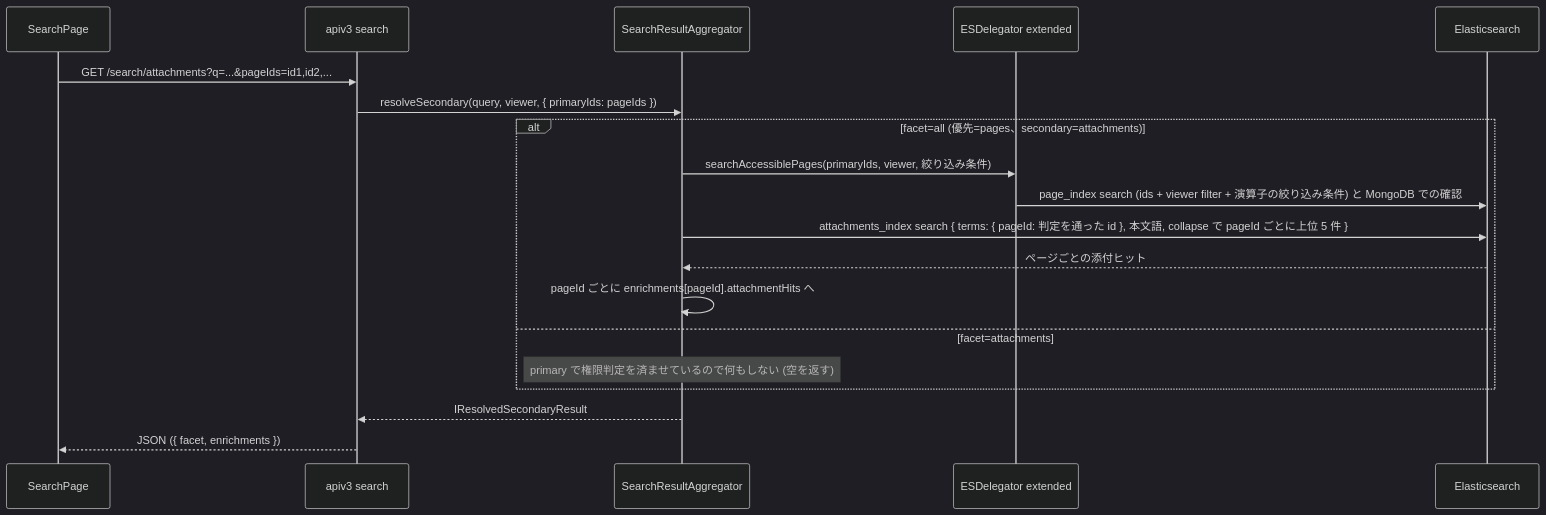
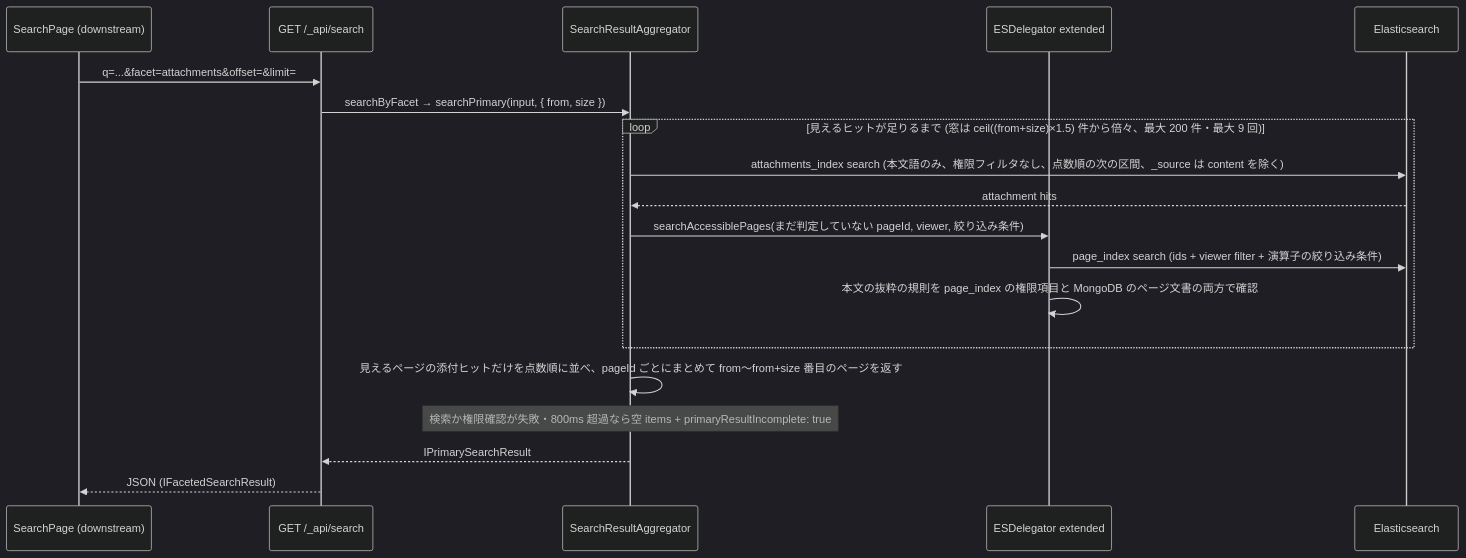
The fourth of 6 diagrams in .kiro/specs/attachment-search-indexing/design.md (growilabs/growi), drawn with Mermaid (dark theme) before and after one commit. The commit also changed other lines of this file and 5 other files, not shown here.

First line of the commit message:
docs(attachment-search-indexing): drop facet=all and resolve; fetch attachment hits of page results in a separate request

````diff
--- a/.kiro/specs/attachment-search-indexing/design.md
+++ b/.kiro/specs/attachment-search-indexing/design.md
@@ -406,24 +376,22 @@
 ```mermaid
 sequenceDiagram
-    participant UI as SearchPage
-    participant Api as apiv3 search
+    participant UI as SearchPage (downstream)
+    participant Api as GET /_api/search
     participant Svc as SearchResultAggregator
     participant Del as ESDelegator extended
     participant ES as Elasticsearch
 
-    UI->>Api: GET /search/attachments?q=...&pageIds=id1,id2,...
-    Api->>Svc: resolveSecondary(query, viewer, { primaryIds: pageIds })
-
-    alt facet=all (優先=pages、secondary=attachments)
-        Svc->>Del: searchAccessiblePages(primaryIds, viewer, 絞り込み条件)
-        Del->>ES: page_index search (ids + viewer filter + 演算子の絞り込み条件) と MongoDB での確認
-        Svc->>ES: attachments_index search { terms: { pageId: 判定を通った id }, 本文語, collapse で pageId ごとに上位 5 件 }
-        ES-->>Svc: ページごとの添付ヒット
-        Svc->>Svc: pageId ごとに enrichments[pageId].attachmentHits へ
-    else facet=attachments
-        Note over Svc: primary で権限判定を済ませているので何もしない (空を返す)
+    UI->>Api: q=...&facet=attachments&offset=&limit=
+    Api->>Svc: searchByFacet → searchPrimary(input, { from, size })
+    loop 見えるヒットが足りるまで (窓は ceil((from+size)×1.5) 件から倍々、最大 200 件・最大 9 回)
+        Svc->>ES: attachments_index search (本文語のみ、権限フィルタなし、点数順の次の区間、_source は content を除く)
+        ES-->>Svc: attachment hits
+        Svc->>Del: searchAccessiblePages(まだ判定していない pageId, viewer, 絞り込み条件)
+        Del->>ES: page_index search (ids + viewer filter + 演算子の絞り込み条件)
+        Del->>Del: 本文の抜粋の規則を page_index の権限項目と MongoDB のページ文書の両方で確認
     end
-
-    Svc-->>Api: IResolvedSecondaryResult
-    Api-->>UI: JSON ({ facet, enrichments })
+    Svc->>Svc: 見えるページの添付ヒットだけを点数順に並べ、pageId ごとにまとめて from〜from+size 番目のページを返す
+    Note over Svc: 検索か権限確認が失敗・800ms 超過なら空 items + primaryResultIncomplete: true
+    Svc-->>Api: IPrimarySearchResult
+    Api-->>UI: JSON (IFacetedSearchResult)
 ```
````
